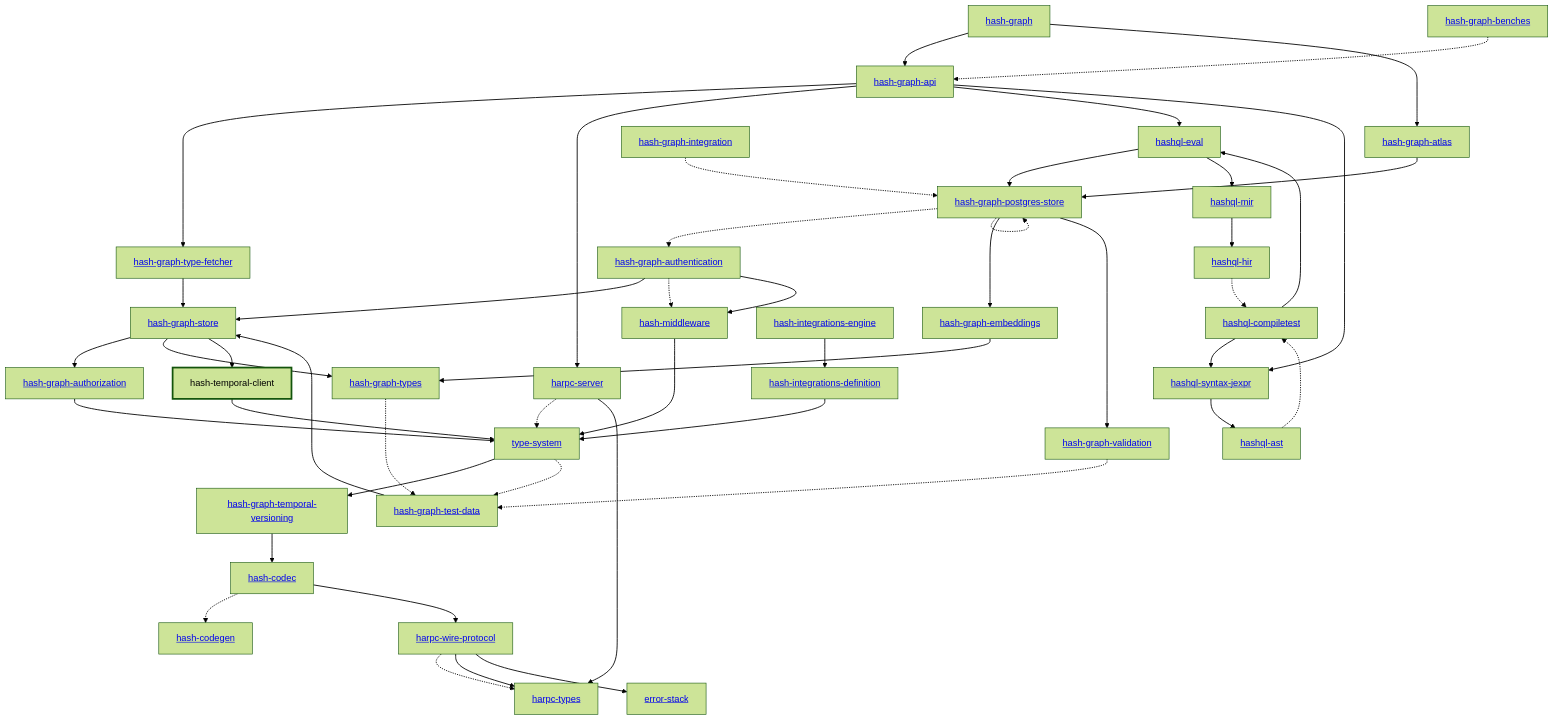
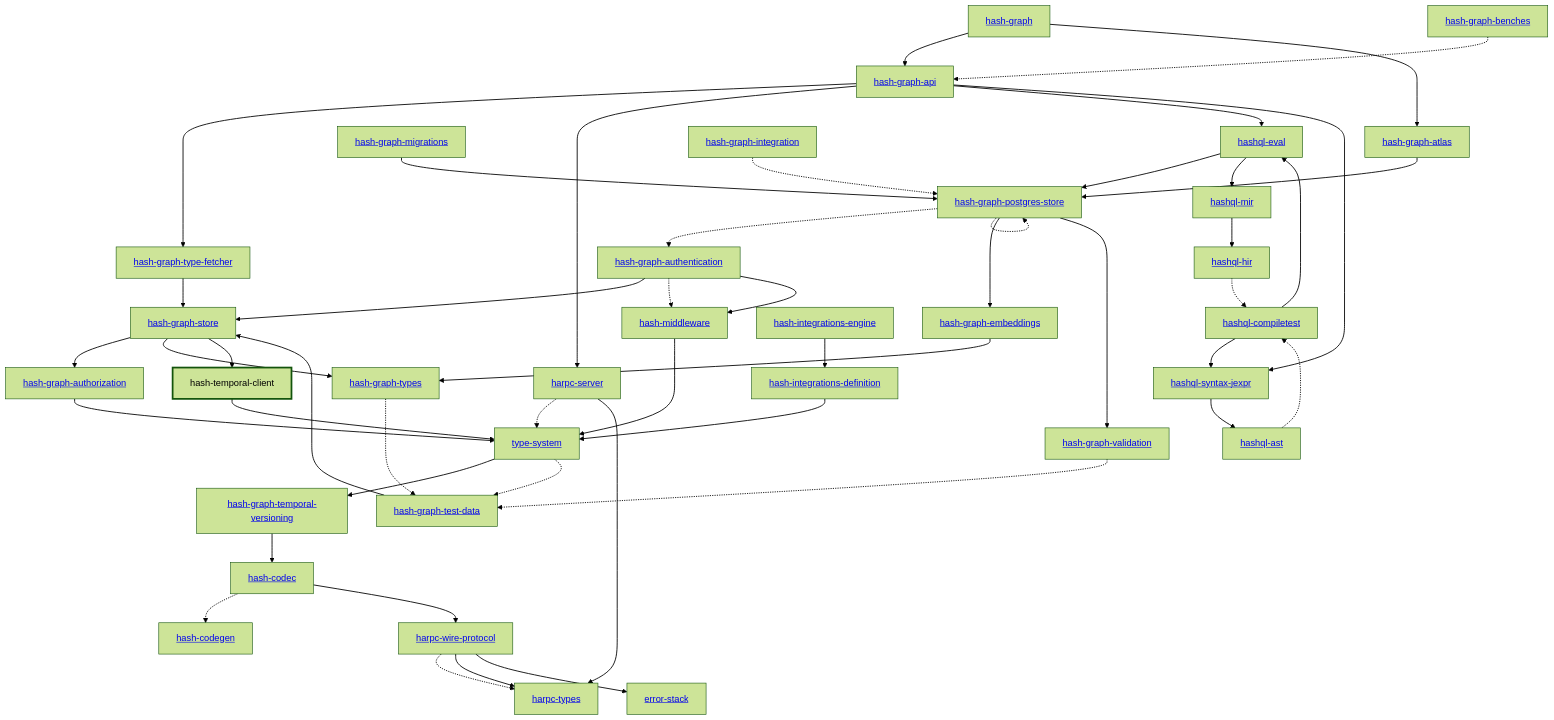
The diagram in libs/@local/temporal-client/docs/dependency-diagram.mmd (hashintel/hash), drawn with Mermaid (forest theme) before and after one commit. The commit also changed 23 other files, not shown here.

First line of the commit message:
Connect the migrations CLI to Postgres over TLS

```diff
--- a/libs/@local/temporal-client/docs/dependency-diagram.mmd
+++ b/libs/@local/temporal-client/docs/dependency-diagram.mmd
@@ -1,90 +1,92 @@
 graph TD
     linkStyle default stroke-width:1.5px
     classDef default stroke-width:1px
     classDef root stroke-width:3px
     classDef dev stroke-width:1px
     classDef build stroke-width:1px
     %% Legend
     %% --> : Normal dependency
     %% -.-> : Dev dependency
     %% ---> : Build dependency
     0[<a href="../hash_graph/index.html">hash-graph</a>]
     1[<a href="../type_system/index.html">type-system</a>]
     2[<a href="../hash_codec/index.html">hash-codec</a>]
     3[<a href="../hash_codegen/index.html">hash-codegen</a>]
     4[<a href="../hash_graph_api/index.html">hash-graph-api</a>]
     5[<a href="../hash_graph_atlas/index.html">hash-graph-atlas</a>]
     6[<a href="../hash_graph_authentication/index.html">hash-graph-authentication</a>]
     7[<a href="../hash_graph_authorization/index.html">hash-graph-authorization</a>]
     8[<a href="../hash_graph_embeddings/index.html">hash-graph-embeddings</a>]
-    9[<a href="../hash_graph_postgres_store/index.html">hash-graph-postgres-store</a>]
-    10[<a href="../hash_graph_store/index.html">hash-graph-store</a>]
-    11[<a href="../hash_graph_temporal_versioning/index.html">hash-graph-temporal-versioning</a>]
-    12[<a href="../hash_graph_type_fetcher/index.html">hash-graph-type-fetcher</a>]
-    13[<a href="../hash_graph_types/index.html">hash-graph-types</a>]
-    14[<a href="../hash_graph_validation/index.html">hash-graph-validation</a>]
-    15[<a href="../harpc_server/index.html">harpc-server</a>]
-    16[<a href="../harpc_types/index.html">harpc-types</a>]
-    17[<a href="../harpc_wire_protocol/index.html">harpc-wire-protocol</a>]
-    18[<a href="../hashql_ast/index.html">hashql-ast</a>]
-    19[<a href="../hashql_compiletest/index.html">hashql-compiletest</a>]
-    20[<a href="../hashql_eval/index.html">hashql-eval</a>]
-    21[<a href="../hashql_hir/index.html">hashql-hir</a>]
-    22[<a href="../hashql_mir/index.html">hashql-mir</a>]
-    23[<a href="../hashql_syntax_jexpr/index.html">hashql-syntax-jexpr</a>]
-    24[<a href="../hash_integrations_definition/index.html">hash-integrations-definition</a>]
-    25[<a href="../hash_integrations_engine/index.html">hash-integrations-engine</a>]
-    26[<a href="../hash_middleware/index.html">hash-middleware</a>]
-    27[hash-temporal-client]
-    class 27 root
-    28[<a href="../error_stack/index.html">error-stack</a>]
-    29[<a href="../hash_graph_benches/index.html">hash-graph-benches</a>]
-    30[<a href="../hash_graph_integration/index.html">hash-graph-integration</a>]
-    31[<a href="../hash_graph_test_data/index.html">hash-graph-test-data</a>]
+    9[<a href="../hash_graph_migrations/index.html">hash-graph-migrations</a>]
+    10[<a href="../hash_graph_postgres_store/index.html">hash-graph-postgres-store</a>]
+    11[<a href="../hash_graph_store/index.html">hash-graph-store</a>]
+    12[<a href="../hash_graph_temporal_versioning/index.html">hash-graph-temporal-versioning</a>]
+    13[<a href="../hash_graph_type_fetcher/index.html">hash-graph-type-fetcher</a>]
+    14[<a href="../hash_graph_types/index.html">hash-graph-types</a>]
+    15[<a href="../hash_graph_validation/index.html">hash-graph-validation</a>]
+    16[<a href="../harpc_server/index.html">harpc-server</a>]
+    17[<a href="../harpc_types/index.html">harpc-types</a>]
+    18[<a href="../harpc_wire_protocol/index.html">harpc-wire-protocol</a>]
+    19[<a href="../hashql_ast/index.html">hashql-ast</a>]
+    20[<a href="../hashql_compiletest/index.html">hashql-compiletest</a>]
+    21[<a href="../hashql_eval/index.html">hashql-eval</a>]
+    22[<a href="../hashql_hir/index.html">hashql-hir</a>]
+    23[<a href="../hashql_mir/index.html">hashql-mir</a>]
+    24[<a href="../hashql_syntax_jexpr/index.html">hashql-syntax-jexpr</a>]
+    25[<a href="../hash_integrations_definition/index.html">hash-integrations-definition</a>]
+    26[<a href="../hash_integrations_engine/index.html">hash-integrations-engine</a>]
+    27[<a href="../hash_middleware/index.html">hash-middleware</a>]
+    28[hash-temporal-client]
+    class 28 root
+    29[<a href="../error_stack/index.html">error-stack</a>]
+    30[<a href="../hash_graph_benches/index.html">hash-graph-benches</a>]
+    31[<a href="../hash_graph_integration/index.html">hash-graph-integration</a>]
+    32[<a href="../hash_graph_test_data/index.html">hash-graph-test-data</a>]
     0 --> 4
     0 --> 5
-    1 --> 11
-    1 -.-> 31
+    1 --> 12
+    1 -.-> 32
     2 -.-> 3
-    2 --> 17
-    4 --> 12
-    4 --> 15
-    4 --> 20
-    4 --> 23
-    5 --> 9
-    6 --> 10
-    6 -.-> 26
-    6 --> 26
+    2 --> 18
+    4 --> 13
+    4 --> 16
+    4 --> 21
+    4 --> 24
+    5 --> 10
+    6 --> 11
+    6 -.-> 27
+    6 --> 27
     7 --> 1
-    8 --> 13
-    9 -.-> 6
-    9 --> 8
-    9 -.-> 9
-    9 --> 14
-    10 --> 7
-    10 --> 13
-    10 --> 27
-    11 --> 2
-    12 --> 10
-    13 -.-> 31
-    14 -.-> 31
-    15 -.-> 1
-    15 --> 16
-    17 -.-> 16
-    17 --> 16
-    17 --> 28
-    18 -.-> 19
-    19 --> 20
-    19 --> 23
-    20 --> 9
-    20 --> 22
-    21 -.-> 19
-    22 --> 21
-    23 --> 18
-    24 --> 1
-    25 --> 24
-    26 --> 1
+    8 --> 14
+    9 --> 10
+    10 -.-> 6
+    10 --> 8
+    10 -.-> 10
+    10 --> 15
+    11 --> 7
+    11 --> 14
+    11 --> 28
+    12 --> 2
+    13 --> 11
+    14 -.-> 32
+    15 -.-> 32
+    16 -.-> 1
+    16 --> 17
+    18 -.-> 17
+    18 --> 17
+    18 --> 29
+    19 -.-> 20
+    20 --> 21
+    20 --> 24
+    21 --> 10
+    21 --> 23
+    22 -.-> 20
+    23 --> 22
+    24 --> 19
+    25 --> 1
+    26 --> 25
     27 --> 1
-    29 -.-> 4
-    30 -.-> 9
-    31 --> 10
+    28 --> 1
+    30 -.-> 4
+    31 -.-> 10
+    32 --> 11
```
